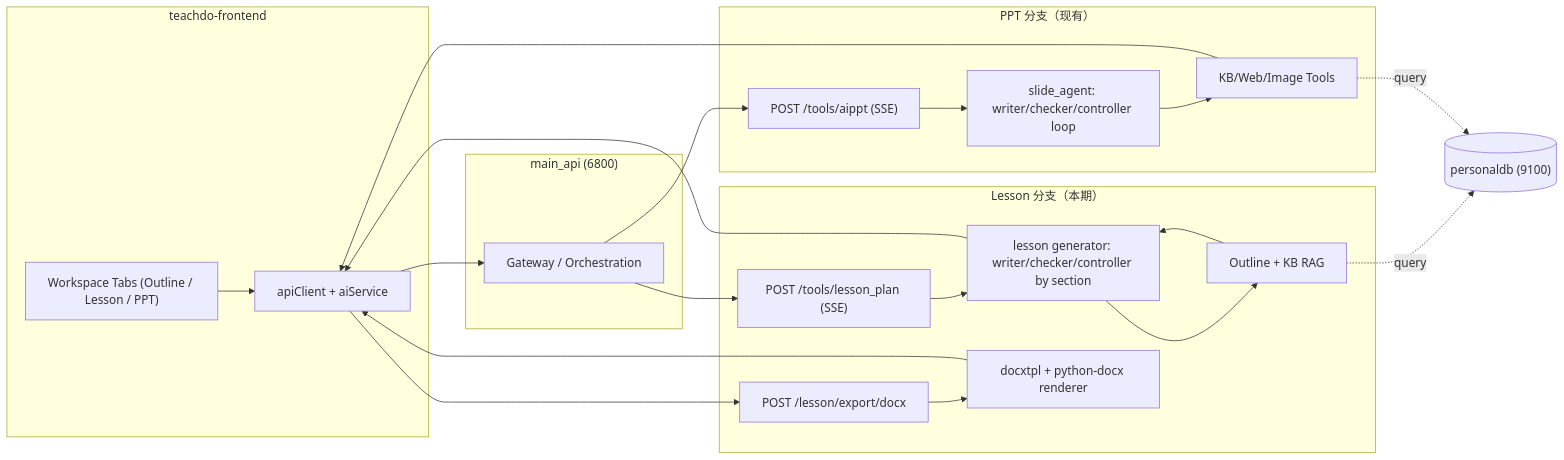
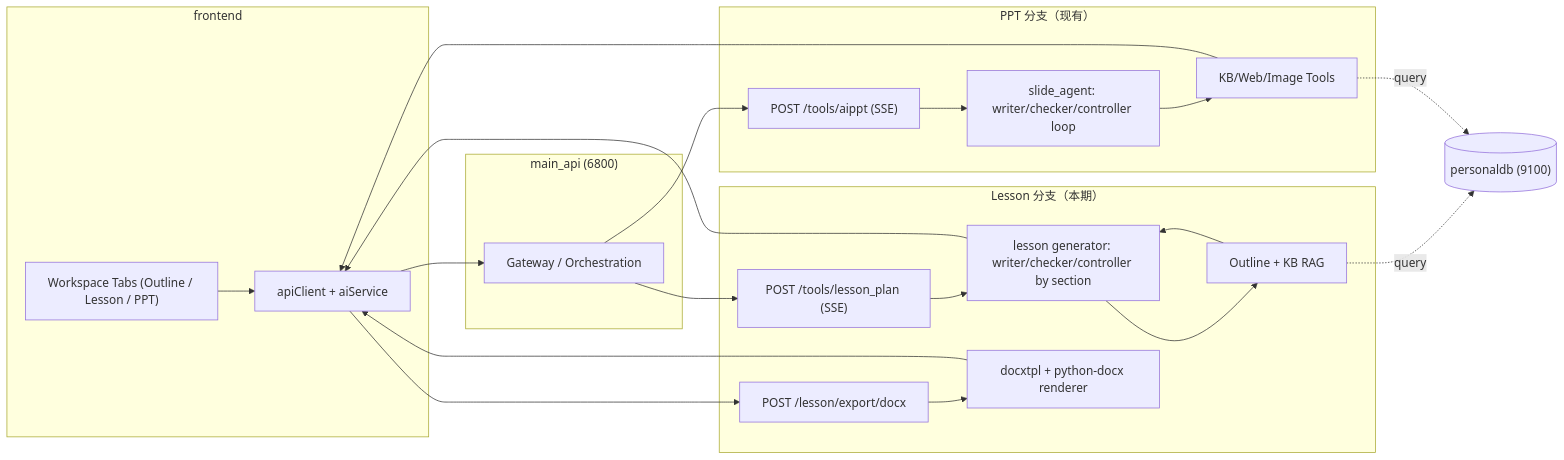
One commit to rbetree/TeachDo changed the first of 2 diagrams in doc/dev/LESSON_WORD_IMPLEMENTATION_RESEARCH.md. Above: the diagram before and after it, drawn with Mermaid. The commit also changed other lines of this file and 829 other files, not shown here.

````diff
--- a/doc/dev/LESSON_WORD_IMPLEMENTATION_RESEARCH.md
+++ b/doc/dev/LESSON_WORD_IMPLEMENTATION_RESEARCH.md
@@ -59,34 +59,34 @@
 ```mermaid
 flowchart LR
-  subgraph FE["teachdo-frontend"]
+  subgraph FE["frontend"]
     UI["Workspace Tabs (Outline / Lesson / PPT)"]
     API["apiClient + aiService"]
     UI --> API
   end
 
   subgraph BFF["main_api (6800)"]
     GW["Gateway / Orchestration"]
   end
   API --> GW
 
   subgraph PPT["PPT 分支（现有）"]
     P1["POST /tools/aippt (SSE)"]
     P2["slide_agent: writer/checker/controller loop"]
     P3["KB/Web/Image Tools"]
     GW --> P1 --> P2 --> P3 --> API
   end
 
   subgraph LESSON["Lesson 分支（本期）"]
     L1["POST /tools/lesson_plan (SSE)"]
     L2["lesson generator: writer/checker/controller by section"]
     L3["Outline + KB RAG"]
     L4["POST /lesson/export/docx"]
     L5["docxtpl + python-docx renderer"]
     GW --> L1 --> L2 --> L3 --> L2 --> API
     API --> L4 --> L5 --> API
   end
 
   KB[("personaldb (9100)")]
   L3 -. query .-> KB
   P3 -. query .-> KB
 ```
````
